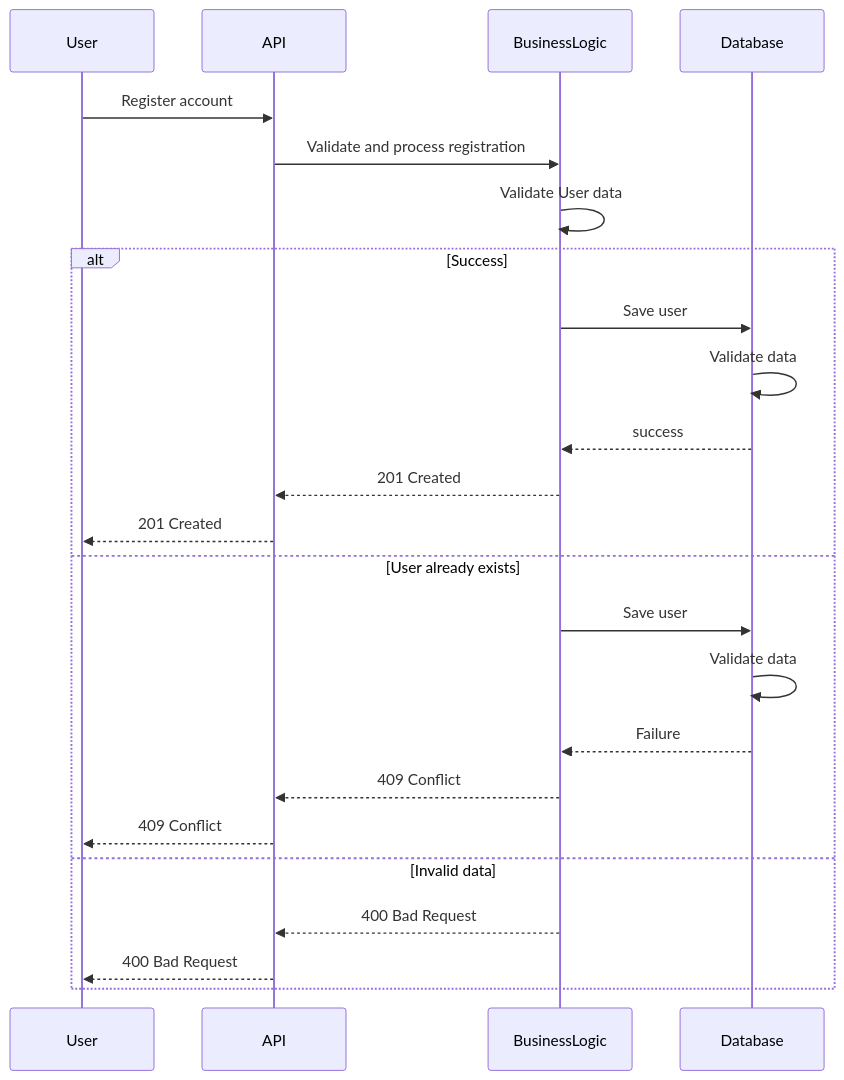
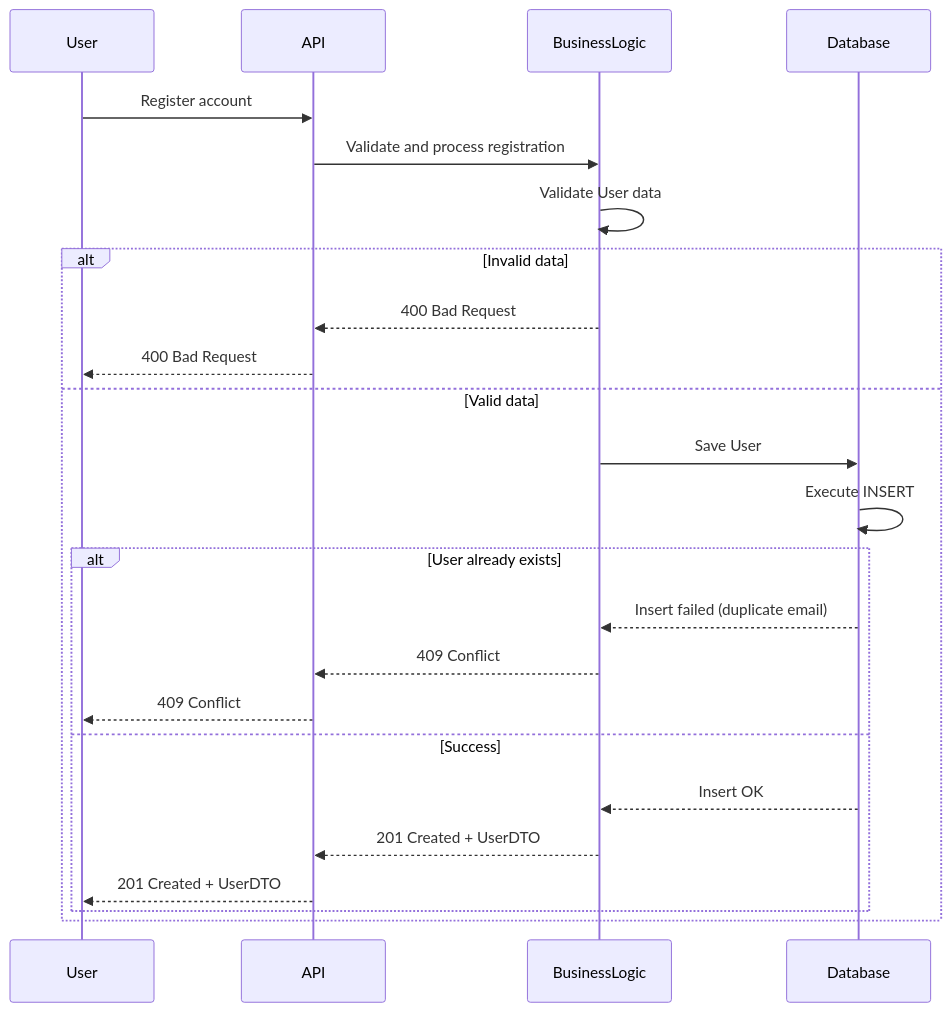
Before and after one commit to AdeleM-prog/holbertonschool-hbnb: the first of 4 diagrams in part1/SequenceDiagrams.md, drawn with Mermaid. The commit also changed other lines of this file, not shown here.

Commit message:
Update sequence diagrams for user registration and place creation

````diff
--- a/part1/SequenceDiagrams.md
+++ b/part1/SequenceDiagrams.md
@@ -7,27 +7,32 @@
 ```mermaid
 sequenceDiagram
+
 participant User
 participant API
 participant BusinessLogic
 participant Database
 
 User->>API: Register account
 API->>BusinessLogic: Validate and process registration
 BusinessLogic->>BusinessLogic: Validate User data
-alt Success
-    BusinessLogic->>Database: Save user
-    Database->>Database: Validate data
-    Database-->>BusinessLogic: success
-    BusinessLogic-->>API: 201 Created
-    API-->>User: 201 Created
-else User already exists
-    BusinessLogic->>Database: Save user
-    Database->>Database: Validate data
-    Database-->>BusinessLogic: Failure
-    BusinessLogic-->>API: 409 Conflict
-    API-->>User: 409 Conflict
-else Invalid data
+
+alt Invalid data
     BusinessLogic-->>API: 400 Bad Request
     API-->>User: 400 Bad Request
+
+else Valid data
+    BusinessLogic->>Database: Save User
+    Database->>Database: Execute INSERT
+
+    alt User already exists
+        Database-->>BusinessLogic: Insert failed (duplicate email)
+        BusinessLogic-->>API: 409 Conflict
+        API-->>User: 409 Conflict
+        
+    else Success
+        Database-->>BusinessLogic: Insert OK
+        BusinessLogic-->>API: 201 Created + UserDTO
+        API-->>User: 201 Created + UserDTO
+    end
 end
 ```
````
